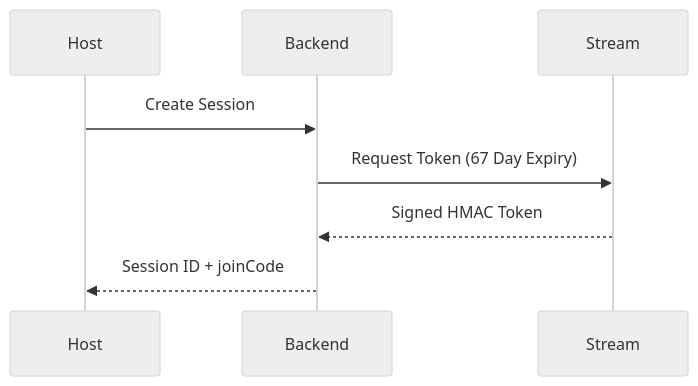
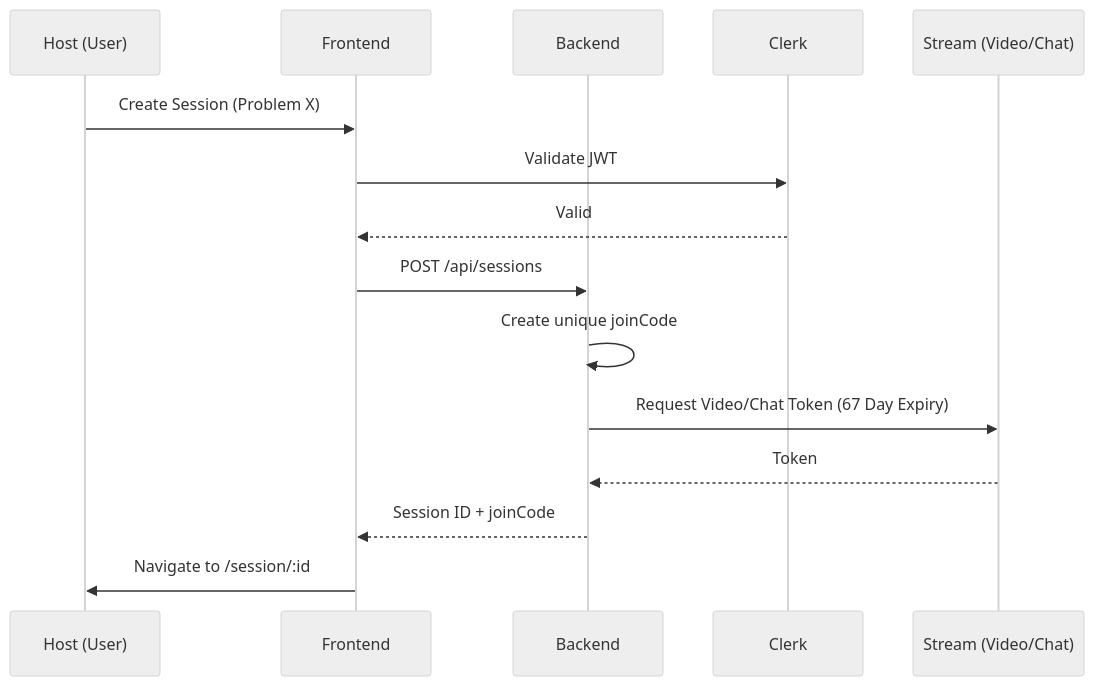
One commit to AbhinavSinghBhadouria/Elyvo changed the second of 4 diagrams in README.md. Above: the diagram before and after it, drawn with Mermaid (neutral theme). The commit also changed other lines of this file, not shown here.

Commit message:
Documentation: Expanded README with full technical diagram suite

````diff
--- a/README.md
+++ b/README.md
@@ -57,10 +61,18 @@
 ```mermaid
 sequenceDiagram
-    participant H as Host
+    participant H as Host (User)
+    participant F as Frontend
     participant B as Backend
-    participant S as Stream
-    H->>B: Create Session
-    B->>S: Request Token (67 Day Expiry)
-    S-->>B: Signed HMAC Token
-    B-->>H: Session ID + joinCode
+    participant C as Clerk
+    participant S as Stream (Video/Chat)
+
+    H->>F: Create Session (Problem X)
+    F->>C: Validate JWT
+    C-->>F: Valid
+    F->>B: POST /api/sessions
+    B->>B: Create unique joinCode
+    B->>S: Request Video/Chat Token (67 Day Expiry)
+    S-->>B: Token
+    B-->>F: Session ID + joinCode
+    F->>H: Navigate to /session/:id
 ```
````
